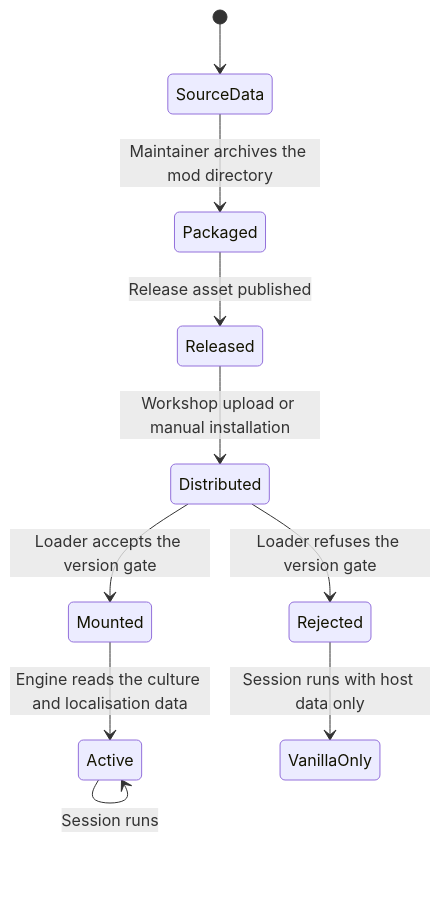
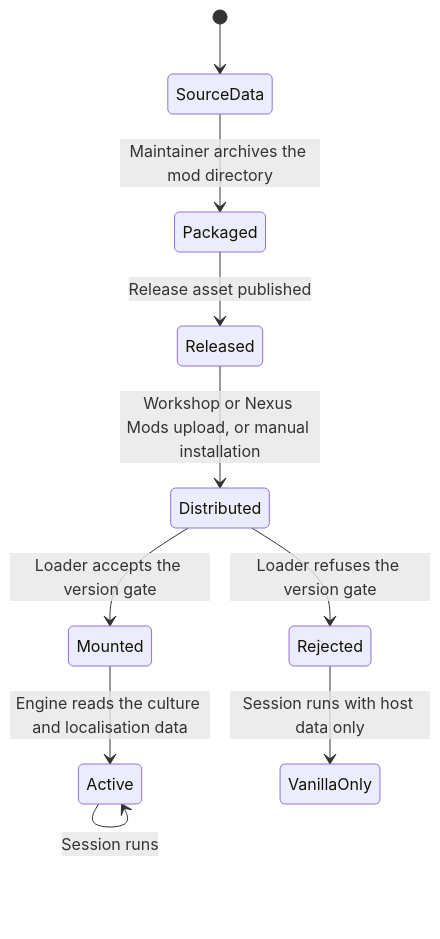
One commit to hmlendea/imperator-dracones-invictus changed the second of 2 diagrams in docs/data-model.md. Above: the diagram before and after it, drawn with Mermaid. The commit also changed 24 other files, not shown here.

Commit message:
ci: Created the Nexus Mods Release workflow

````diff
--- a/docs/data-model.md
+++ b/docs/data-model.md
@@ -129,12 +129,12 @@
 ```mermaid
 stateDiagram-v2
     [*] --> SourceData
     SourceData --> Packaged: Maintainer archives the mod directory
     Packaged --> Released: Release asset published
-    Released --> Distributed: Workshop upload or manual installation
+    Released --> Distributed: Workshop or Nexus Mods upload, or manual installation
     Distributed --> Mounted: Loader accepts the version gate
     Distributed --> Rejected: Loader refuses the version gate
     Mounted --> Active: Engine reads the culture and localisation data
     Active --> Active: Session runs
     Rejected --> VanillaOnly: Session runs with host data only
 ```
````
